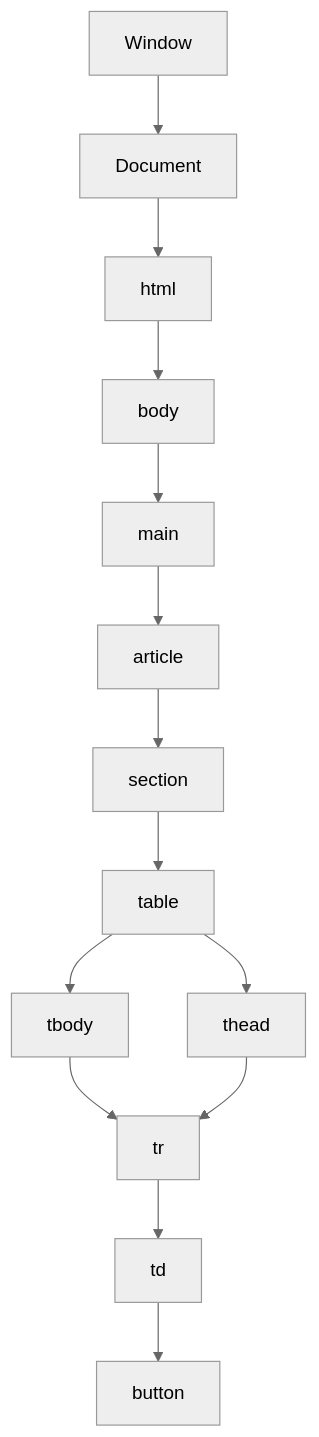
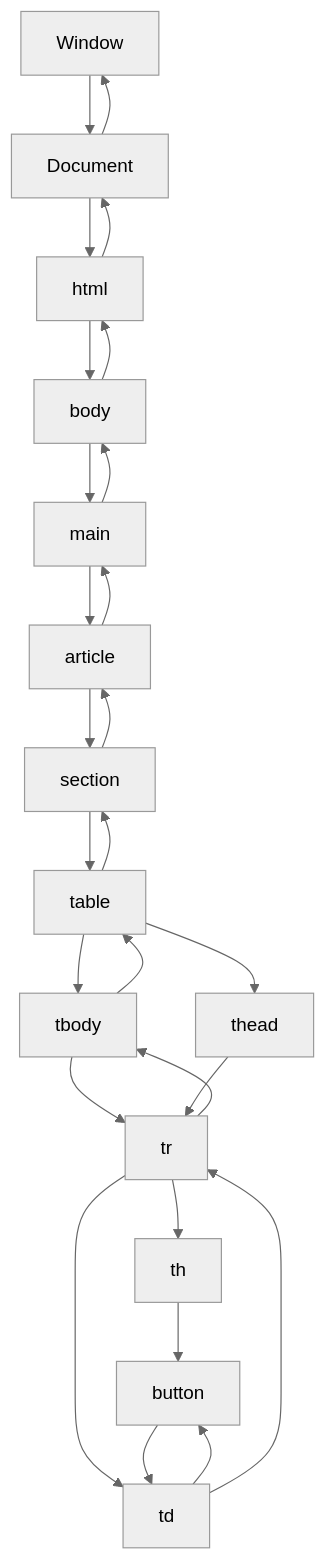
Before and after one commit to code2-0/.MD_file_syntax: the second of 2 diagrams in README.md, drawn with Mermaid (neutral theme).

Commit message:
Update README.md
Window

````diff
--- a/README.md
+++ b/README.md
@@ -371,16 +371,30 @@
 ```mermaid
   graph TD;
       Window-->Document;
       Document-->html;
       html-->body;
       body-->main;
       main-->article;
       article-->section;
       section-->table;
       table-->tbody;
       table-->thead;
       tbody-->tr;
+      thead-->tr;
+      tr-->th;
       tr-->td;
       td-->button;
-      thead-->tr
+      th-->button;
+      button-->td;
+      td-->tr;
+      tr-->tbody;
+      tbody-->table;
+      table-->section;
+      section-->article;
+      article-->main;
+      main-->body;
+      body-->html;
+      html-->Document;
+      Document-->Window;      
+
 ```
````
